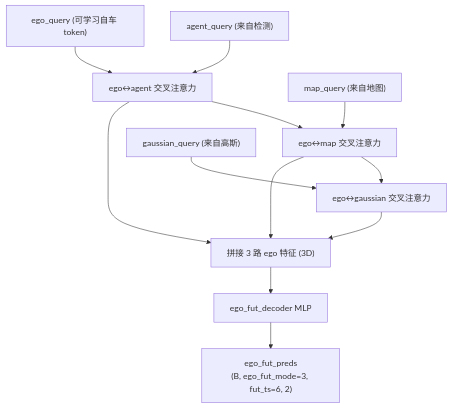
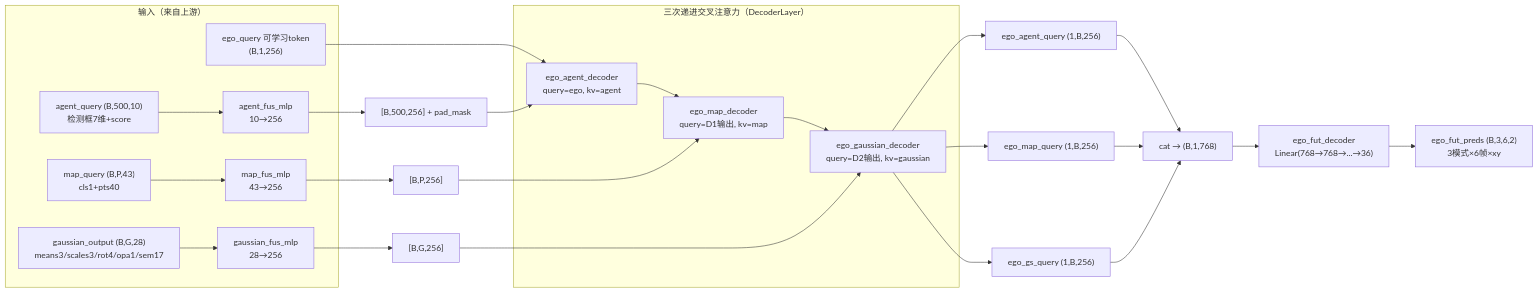
One commit to chenz128/GaussianAD_test changed diagram 12 of 13 in docs/model.md. Above: the diagram before and after it, drawn with Mermaid. The commit also changed other lines of this file and 15 other files, not shown here.

````diff
--- a/docs/model.md
+++ b/docs/model.md
@@ -306,13 +306,33 @@
 ```mermaid
-flowchart TD
-    AG["agent_query (来自检测)"] --> D1
-    MP["map_query (来自地图)"] --> D2
-    GS["gaussian_query (来自高斯)"] --> D3
-    EGO["ego_query (可学习自车 token)"] --> D1
+flowchart LR
+    subgraph IN["输入（来自上游）"]
+        AG["agent_query (B,500,10)<br/>检测框7维+score"] --> AF["agent_fus_mlp<br/>10→256"]
+        MP["map_query (B,P,43)<br/>cls1+pts40"] --> MF["map_fus_mlp<br/>43→256"]
+        GO["gaussian_output (B,G,28)<br/>means3/scales3/rot4/opa1/sem17"] --> GF["gaussian_fus_mlp<br/>28→256"]
+        EQ["ego_query 可学习token<br/>(B,1,256)"]
+    end
 
-    D1["ego↔agent 交叉注意力"] --> D2["ego↔map 交叉注意力"]
-    D2 --> D3["ego↔gaussian 交叉注意力"]
-    D1 & D2 & D3 --> CAT["拼接 3 路 ego 特征 (3D)"]
-    CAT --> MLP["ego_fut_decoder MLP"]
-    MLP --> OUT["ego_fut_preds<br/>(B, ego_fut_mode=3, fut_ts=6, 2)"]
+    AF --> AQ["[B,500,256] + pad_mask"]
+    MF --> MQ["[B,P,256]"]
+    GF --> GQ["[B,G,256]"]
+
+    subgraph DEC["三次递进交叉注意力（DecoderLayer）"]
+        D1["ego_agent_decoder<br/>query=ego, kv=agent"]
+        D2["ego_map_decoder<br/>query=D1输出, kv=map"]
+        D3["ego_gaussian_decoder<br/>query=D2输出, kv=gaussian"]
+    end
+
+    EQ --> D1
+    AQ --> D1
+    D1 --> D2
+    MQ --> D2
+    D2 --> D3
+    GQ --> D3
+    D3 --> O1["ego_agent_query (1,B,256)"]
+    D3 --> O2["ego_map_query (1,B,256)"]
+    D3 --> O3["ego_gs_query (1,B,256)"]
+
+    O1 & O2 & O3 --> CAT["cat → (B,1,768)"]
+    CAT --> MLP["ego_fut_decoder<br/>Linear(768→768→...→36)"]
+    MLP --> OUT["ego_fut_preds (B,3,6,2)<br/>3模式×6帧×xy"]
 ```
````
